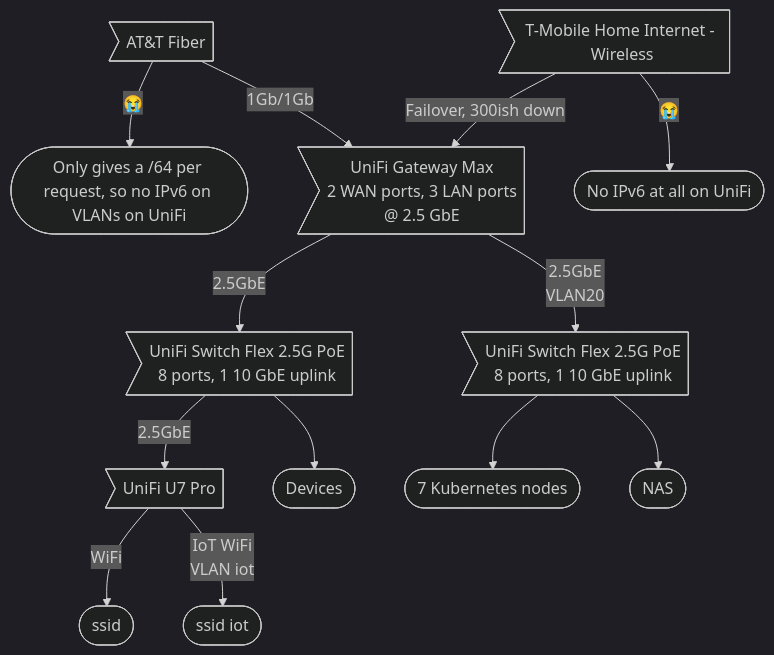
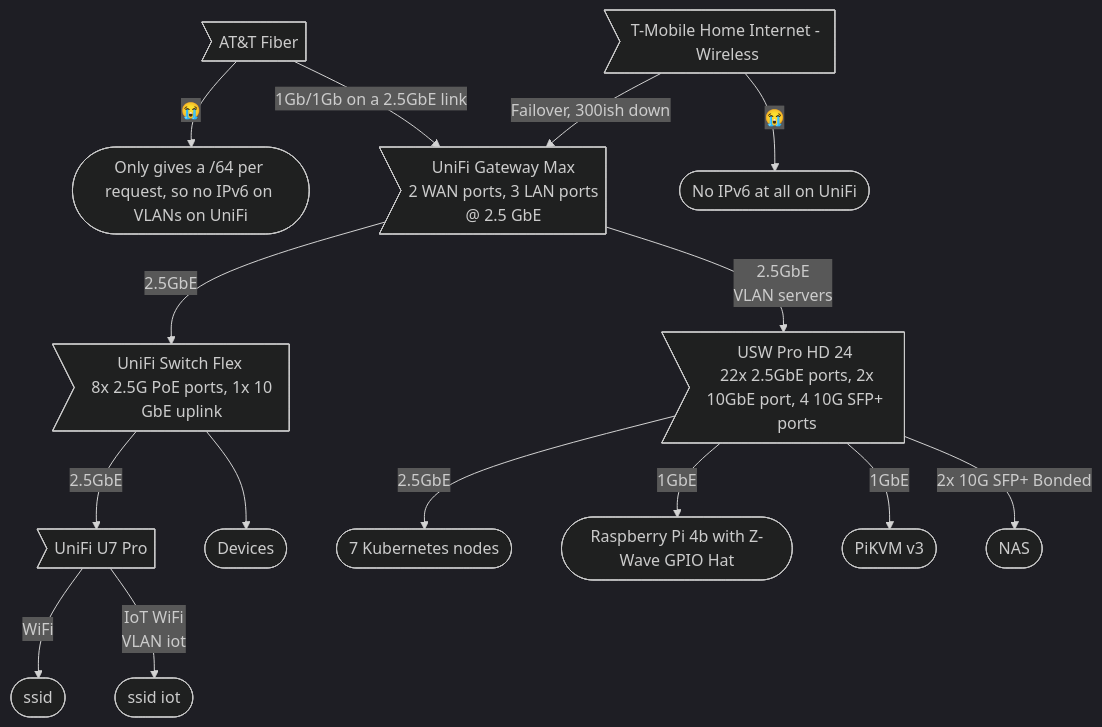
The second of 3 diagrams in README.md (tholinka/homelab), drawn with Mermaid (dark theme) before and after one commit. The commit also changed other lines of this file, not shown here.

Commit message:
update networking part of readme

````diff
--- a/README.md
+++ b/README.md
@@ -107,20 +107,22 @@
 ```mermaid
 graph TD
   A>AT&T Fiber]
   A --> |😭|A1([Only gives a /64 per request, so no IPv6 on VLANs on UniFi])
-  A --> |1Gb/1Gb| R
+  A --> |1Gb/1Gb on a 2.5GbE link| R
   B>T-Mobile Home Internet - Wireless] --> |Failover, 300ish down| R
   B --> |😭|B1([No IPv6 at all on UniFi])
   R>UniFi Gateway Max <br> 2 WAN ports, 3 LAN ports <br> @ 2.5 GbE]
   R --> |2.5GbE| S1
-  R --> |2.5GbE<br>VLAN20| S2
-  S1>UniFi Switch Flex 2.5G PoE <br> 8 ports, 1 10 GbE uplink]
-  S2>UniFi Switch Flex 2.5G PoE <br> 8 ports, 1 10 GbE uplink]
+  R --> |2.5GbE<br>VLAN servers| S2
+  S1>UniFi Switch Flex <br> 8x 2.5G PoE ports, 1x 10 GbE uplink]
+  S2>USW Pro HD 24 <br> 22x 2.5GbE ports, 2x 10GbE port, 4 10G SFP+ ports]
   S1 --> |2.5GbE| W
   W>UniFi U7 Pro]
   W --> |WiFi|W1([ssid])
   W --> |IoT WiFi<br>VLAN iot|W2([ssid iot])
   S1 --> D([Devices])
-  S2 --> K([7 Kubernetes nodes])
-  S2 --> N([NAS])
+  S2 -->|2.5GbE| K([7 Kubernetes nodes])
+  S2 -->|1GbE| P([Raspberry Pi 4b with Z-Wave GPIO Hat])
+  S2 -->|1GbE| KVM([PiKVM v3])
+  S2 --> |2x 10G SFP+ Bonded| N([NAS])
 ```
````
